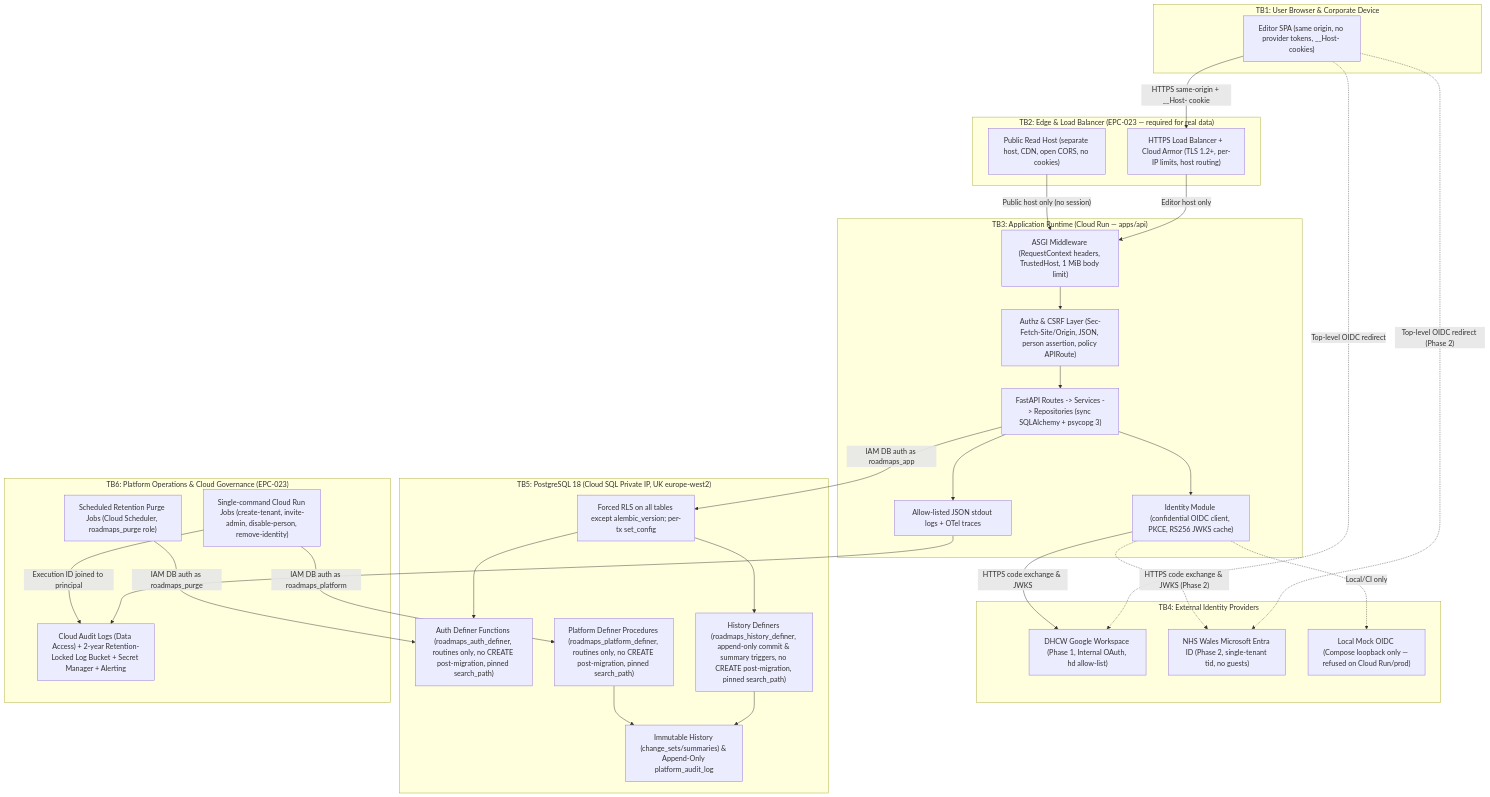
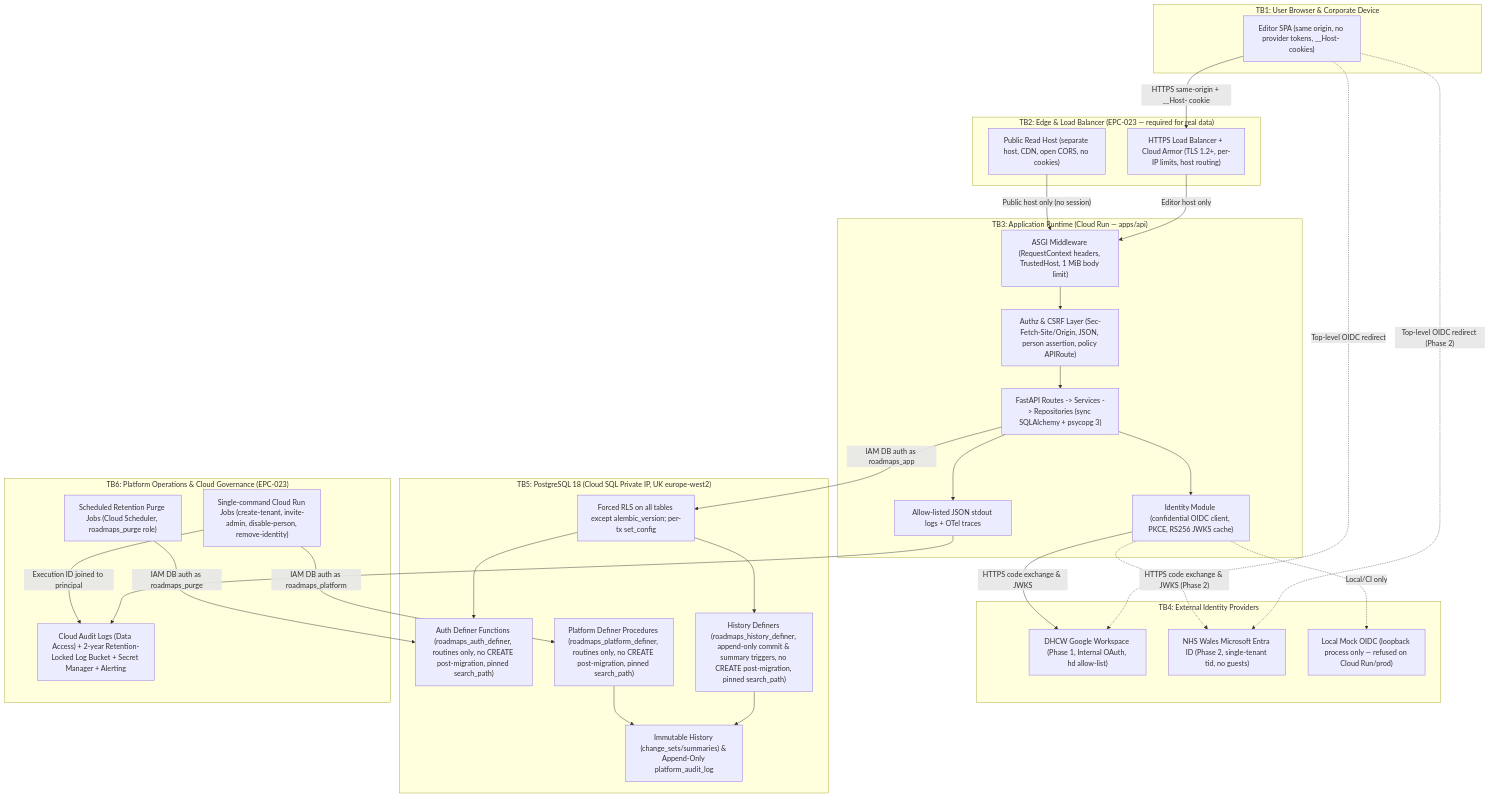
The first of 4 diagrams in docs/analysis/identity-threat-model.md (DHCW-Digital-Health-and-Care-Wales/roadmaps), drawn with Mermaid before and after one commit. The commit also changed other lines of this file and 12 other files, not shown here.

````diff
--- a/docs/analysis/identity-threat-model.md
+++ b/docs/analysis/identity-threat-model.md
@@ -154,59 +154,59 @@
 ```mermaid
 flowchart TB
   subgraph TB1["TB1: User Browser & Corporate Device"]
     Browser["Editor SPA (same origin, no provider tokens, __Host- cookies)"]
   end
 
   subgraph TB2["TB2: Edge & Load Balancer (EPC-023 — required for real data)"]
     LB["HTTPS Load Balancer + Cloud Armor (TLS 1.2+, per-IP limits, host routing)"]
     PubHost["Public Read Host (separate host, CDN, open CORS, no cookies)"]
   end
 
   subgraph TB3["TB3: Application Runtime (Cloud Run — apps/api)"]
     MW["ASGI Middleware (RequestContext headers, TrustedHost, 1 MiB body limit)"]
     Guard["Authz & CSRF Layer (Sec-Fetch-Site/Origin, JSON, person assertion, policy APIRoute)"]
     API["FastAPI Routes -> Services -> Repositories (sync SQLAlchemy + psycopg 3)"]
     OIDC["Identity Module (confidential OIDC client, PKCE, RS256 JWKS cache)"]
     Logs["Allow-listed JSON stdout logs + OTel traces"]
   end
 
   subgraph TB4["TB4: External Identity Providers"]
     Google["DHCW Google Workspace (Phase 1, Internal OAuth, hd allow-list)"]
     Entra["NHS Wales Microsoft Entra ID (Phase 2, single-tenant tid, no guests)"]
-    Mock["Local Mock OIDC (Compose loopback only — refused on Cloud Run/prod)"]
+    Mock["Local Mock OIDC (loopback process only — refused on Cloud Run/prod)"]
   end
 
   subgraph TB5["TB5: PostgreSQL 18 (Cloud SQL Private IP, UK europe-west2)"]
     PG["Forced RLS on all tables except alembic_version; per-tx set_config"]
     DefAuth["Auth Definer Functions (roadmaps_auth_definer, routines only, no CREATE post-migration, pinned search_path)"]
     DefHist["History Definers (roadmaps_history_definer, append-only commit & summary triggers, no CREATE post-migration, pinned search_path)"]
     DefPlat["Platform Definer Procedures (roadmaps_platform_definer, routines only, no CREATE post-migration, pinned search_path)"]
     Audit["Immutable History (change_sets/summaries) & Append-Only platform_audit_log"]
   end
 
   subgraph TB6["TB6: Platform Operations & Cloud Governance (EPC-023)"]
     Jobs["Single-command Cloud Run Jobs (create-tenant, invite-admin, disable-person, remove-identity)"]
     Purge["Scheduled Retention Purge Jobs (Cloud Scheduler, roadmaps_purge role)"]
     Gov["Cloud Audit Logs (Data Access) + 2-year Retention-Locked Log Bucket + Secret Manager + Alerting"]
   end
 
   Browser -- "HTTPS same-origin + __Host- cookie" --> LB
   Browser -. "Top-level OIDC redirect" .-> Google
   Browser -. "Top-level OIDC redirect (Phase 2)" .-> Entra
   LB -- "Editor host only" --> MW
   PubHost -- "Public host only (no session)" --> MW
   MW --> Guard --> API
   API --> OIDC
   OIDC -- "HTTPS code exchange & JWKS" --> Google
   OIDC -. "HTTPS code exchange & JWKS (Phase 2)" .-> Entra
   OIDC -. "Local/CI only" .-> Mock
   API -- "IAM DB auth as roadmaps_app" --> PG
   PG --> DefAuth
   PG --> DefHist
   DefHist --> Audit
   API --> Logs --> Gov
   Jobs -- "IAM DB auth as roadmaps_platform" --> DefPlat
   DefPlat --> Audit
   Purge -- "IAM DB auth as roadmaps_purge" --> DefAuth
   Jobs -- "Execution ID joined to principal" --> Gov
 ```
````
